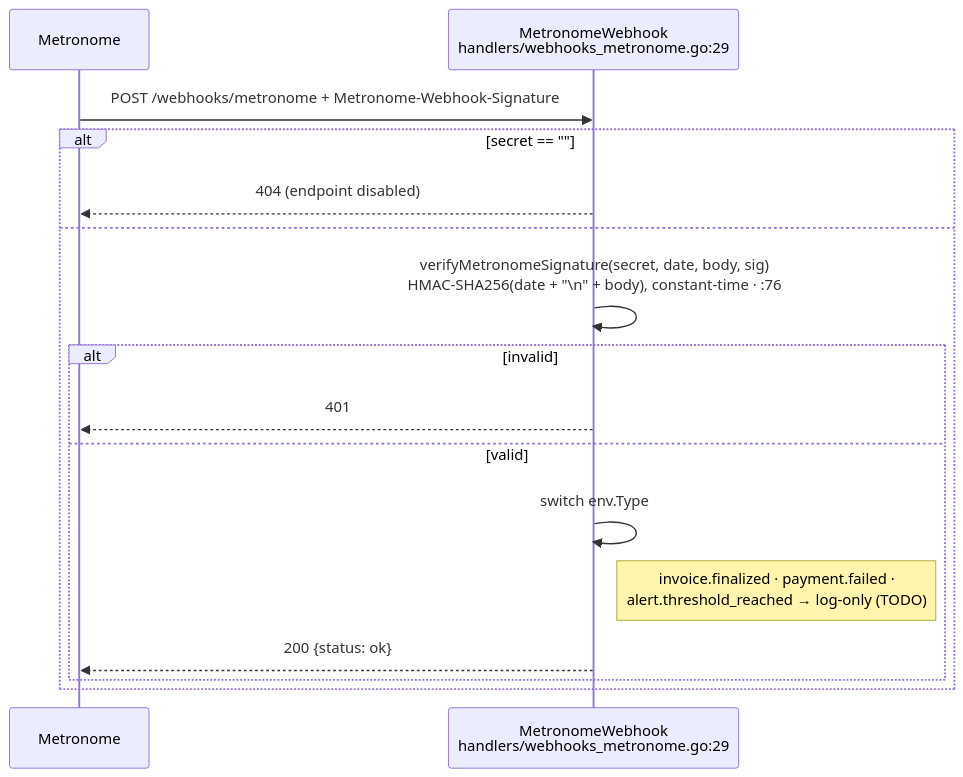
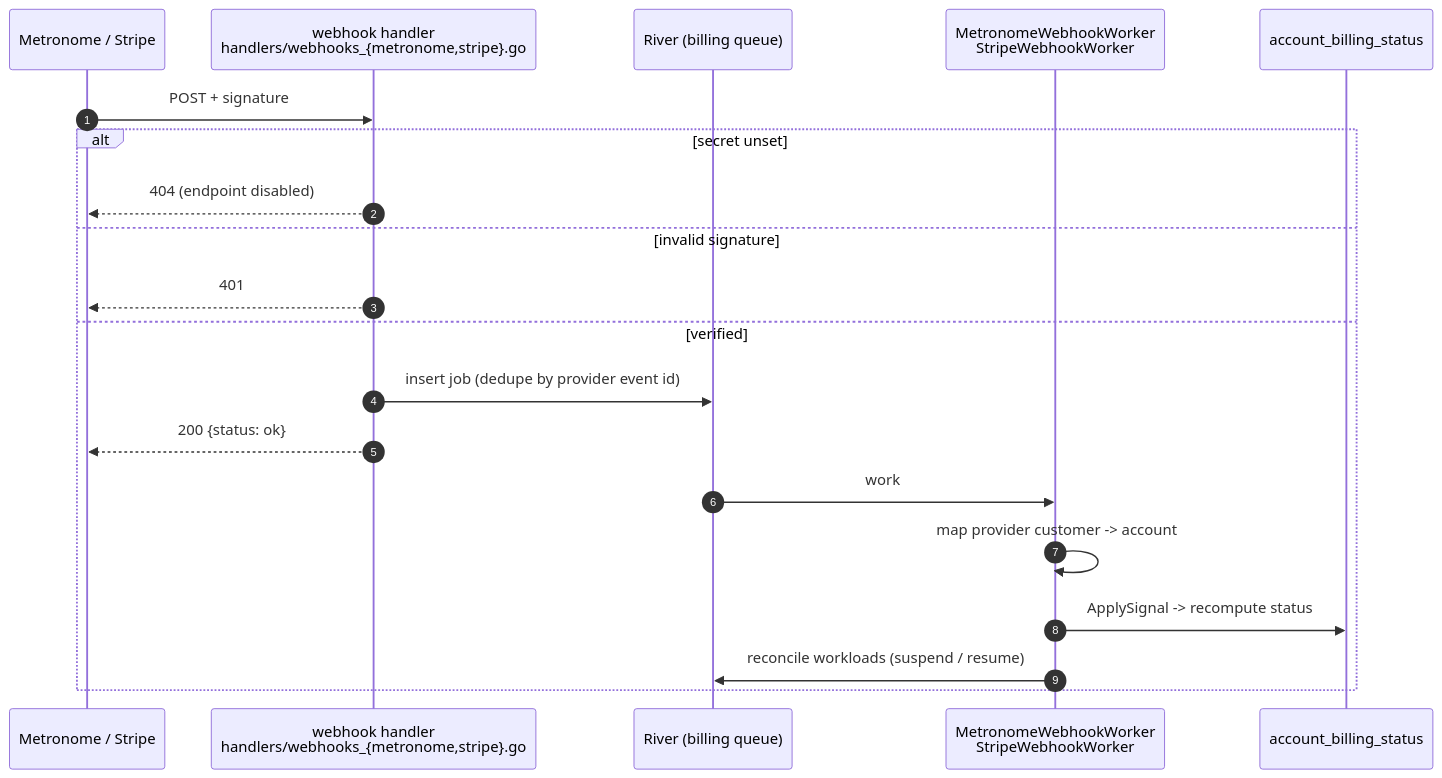
The sixth of 9 diagrams in docs/03-architecture/billing-data-flow.md (astropods/astro-cli), drawn with Mermaid before and after one commit. The commit also changed other lines of this file and 14 other files, not shown here.

First line of the commit message:
fix(billing): the credit alert must not gate an unlimited account (#2048)

````diff
--- a/docs/03-architecture/billing-data-flow.md
+++ b/docs/03-architecture/billing-data-flow.md
@@ -143,18 +184,23 @@
 ```mermaid
 sequenceDiagram
-    participant MT as Metronome
-    participant H as MetronomeWebhook<br/>handlers/webhooks_metronome.go:29
-    MT->>H: POST /webhooks/metronome + Metronome-Webhook-Signature
-    alt secret == ""
-        H-->>MT: 404 (endpoint disabled)
-    else
-        H->>H: verifyMetronomeSignature(secret, date, body, sig)<br/>HMAC-SHA256(date + "\n" + body), constant-time · :76
-        alt invalid
-            H-->>MT: 401
-        else valid
-            H->>H: switch env.Type
-            Note right of H: invoice.finalized · payment.failed ·<br/>alert.threshold_reached → log-only (TODO)
-            H-->>MT: 200 {status: ok}
-        end
+    autonumber
+    participant PR as Metronome / Stripe
+    participant H as webhook handler<br/>handlers/webhooks_{metronome,stripe}.go
+    participant Q as River (billing queue)
+    participant W as MetronomeWebhookWorker<br/>StripeWebhookWorker
+    participant DB as account_billing_status
+
+    PR->>H: POST + signature
+    alt secret unset
+        H-->>PR: 404 (endpoint disabled)
+    else invalid signature
+        H-->>PR: 401
+    else verified
+        H->>Q: insert job (dedupe by provider event id)
+        H-->>PR: 200 {status: ok}
+        Q->>W: work
+        W->>W: map provider customer -> account
+        W->>DB: ApplySignal -> recompute status
+        W->>Q: reconcile workloads (suspend / resume)
     end
 ```
````
